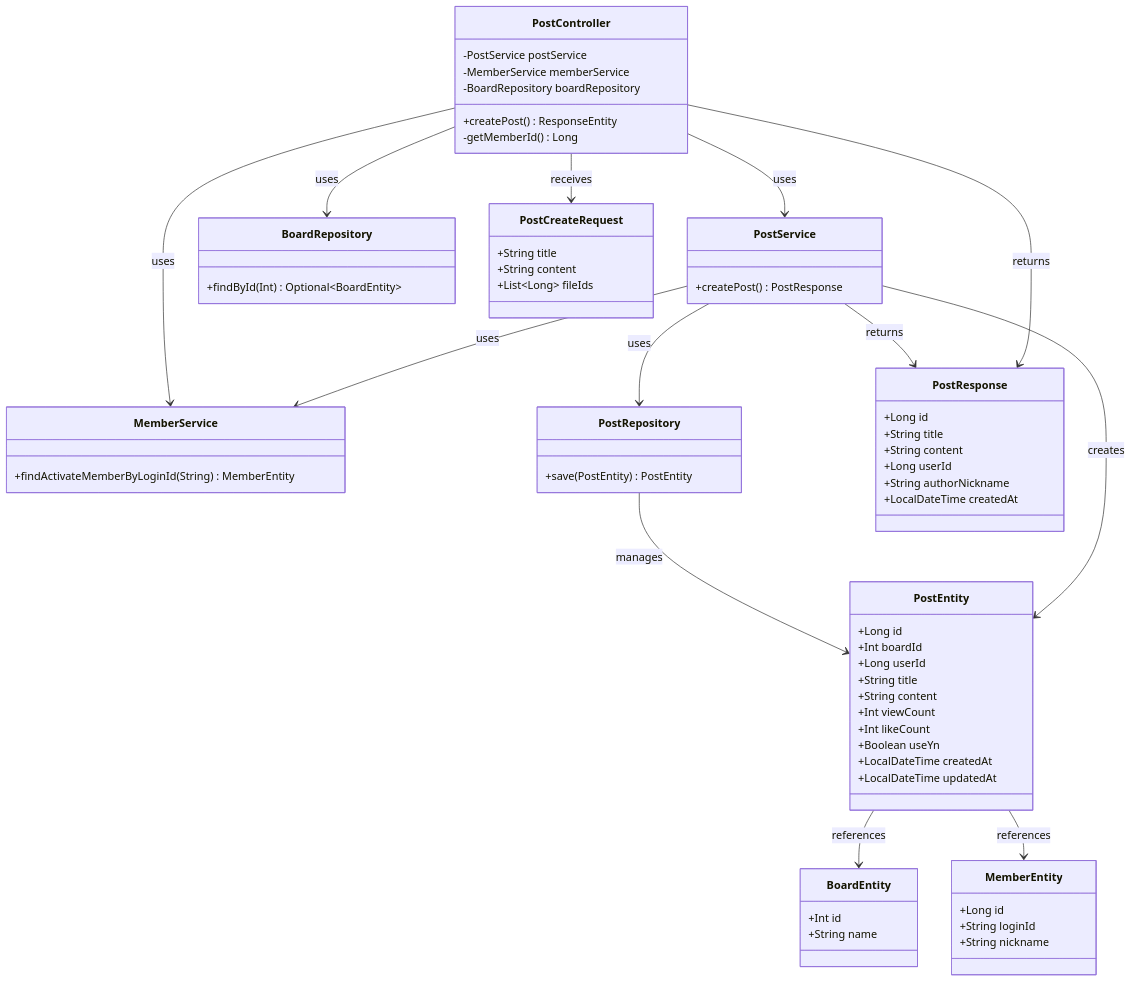
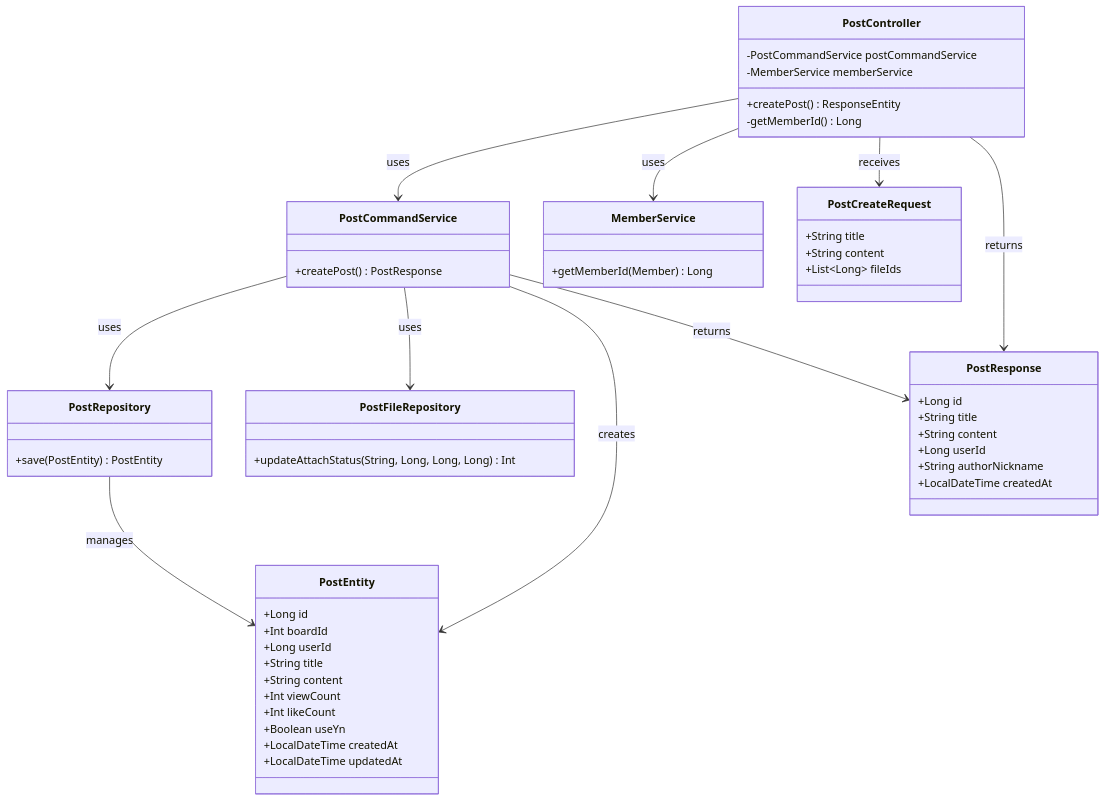
The diagram in doc/post/PostController/createPost-class-diagram.md (RKS-t/JungleBook), drawn with Mermaid before and after one commit. The commit also changed 18 other files, not shown here.

First line of the commit message:
docs: update Mermaid charts for CQRS services

````diff
--- a/doc/post/PostController/createPost-class-diagram.md
+++ b/doc/post/PostController/createPost-class-diagram.md
@@ -3,78 +3,63 @@
 ```mermaid
 classDiagram
     class PostController {
-        -PostService postService
+        -PostCommandService postCommandService
         -MemberService memberService
-        -BoardRepository boardRepository
         +createPost() ResponseEntity
         -getMemberId() Long
     }
     
-    class PostService {
+    class PostCommandService {
         +createPost() PostResponse
     }
     
     class MemberService {
-        +findActivateMemberByLoginId(String) MemberEntity
-    }
-    
-    class BoardRepository {
-        +findById(Int) Optional~BoardEntity~
+        +getMemberId(Member) Long
     }
     
     class PostRepository {
         +save(PostEntity) PostEntity
+    }
+    
+    class PostFileRepository {
+        +updateAttachStatus(String, Long, Long, Long) Int
     }
     
     class PostEntity {
         +Long id
         +Int boardId
         +Long userId
         +String title
         +String content
         +Int viewCount
         +Int likeCount
         +Boolean useYn
         +LocalDateTime createdAt
         +LocalDateTime updatedAt
-    }
-    
-    class BoardEntity {
-        +Int id
-        +String name
-    }
-    
-    class MemberEntity {
-        +Long id
-        +String loginId
-        +String nickname
     }
     
     class PostCreateRequest {
         +String title
         +String content
         +List~Long~ fileIds
     }
     
     class PostResponse {
         +Long id
         +String title
         +String content
         +Long userId
         +String authorNickname
         +LocalDateTime createdAt
     }
     
-    PostController --> PostService : uses
+    PostController --> PostCommandService : uses
     PostController --> MemberService : uses
-    PostController --> BoardRepository : uses
-    PostService --> PostRepository : uses
-    PostService --> MemberService : uses
+    PostCommandService --> PostRepository : uses
+    PostCommandService --> PostFileRepository : uses
     PostRepository --> PostEntity : manages
-    PostService --> PostEntity : creates
-    PostService --> PostResponse : returns
+    PostCommandService --> PostEntity : creates
+    PostCommandService --> PostResponse : returns
     PostController --> PostCreateRequest : receives
     PostController --> PostResponse : returns
-    PostEntity --> BoardEntity : references
-    PostEntity --> MemberEntity : references
 ```
````
